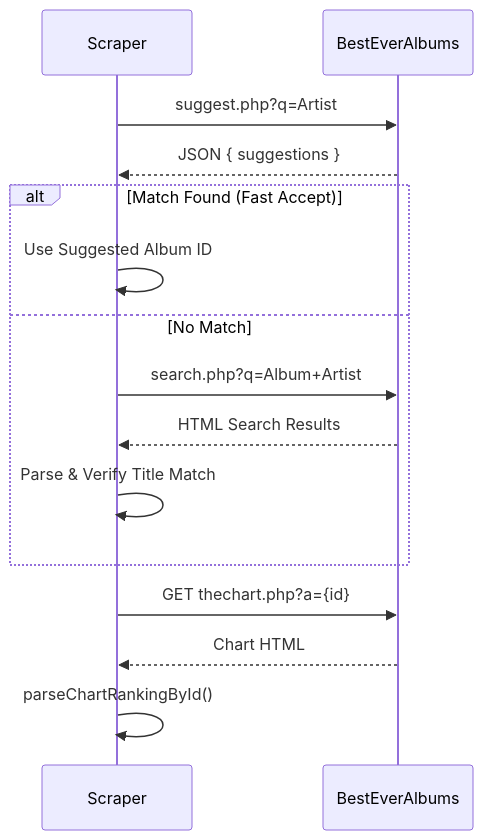
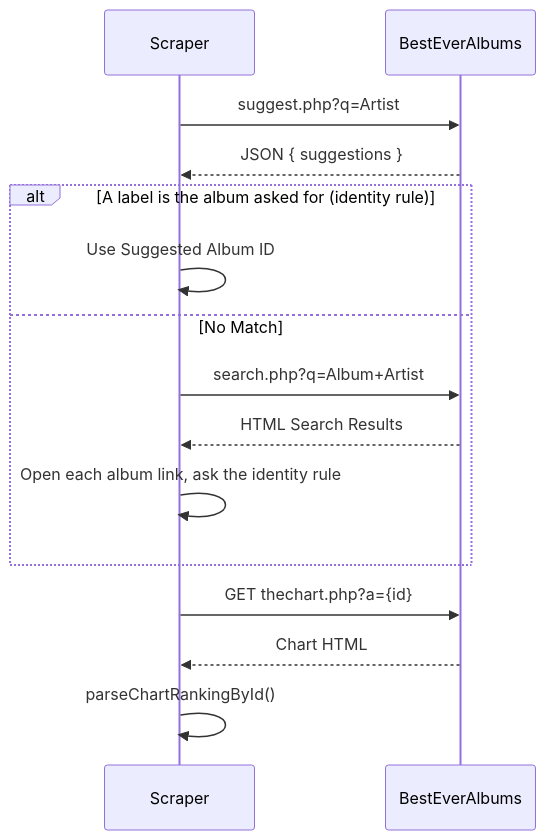
One commit to maujrp99/MJRP_AlbumsBalancedPlaylists_v0 changed the fourth of 4 diagrams in docs/manual/04_Backend_Logic_Services.md. Above: the diagram before and after it, drawn with Mermaid. The commit also changed other lines of this file and 15 other files, not shown here.

````diff
--- a/docs/manual/04_Backend_Logic_Services.md
+++ b/docs/manual/04_Backend_Logic_Services.md
@@ -228,20 +228,20 @@
 ```mermaid
 sequenceDiagram
     participant Scraper
     participant BEA as BestEverAlbums
     
     Scraper->>BEA: suggest.php?q=Artist
     BEA-->>Scraper: JSON { suggestions }
     
-    alt Match Found (Fast Accept)
+    alt A label is the album asked for (identity rule)
         Scraper->>Scraper: Use Suggested Album ID
     else No Match
         Scraper->>BEA: search.php?q=Album+Artist
         BEA-->>Scraper: HTML Search Results
-        Scraper->>Scraper: Parse & Verify Title Match
+        Scraper->>Scraper: Open each album link, ask the identity rule
     end
     
     Scraper->>BEA: GET thechart.php?a={id}
     BEA-->>Scraper: Chart HTML
     Scraper->>Scraper: parseChartRankingById()
 ```
````
